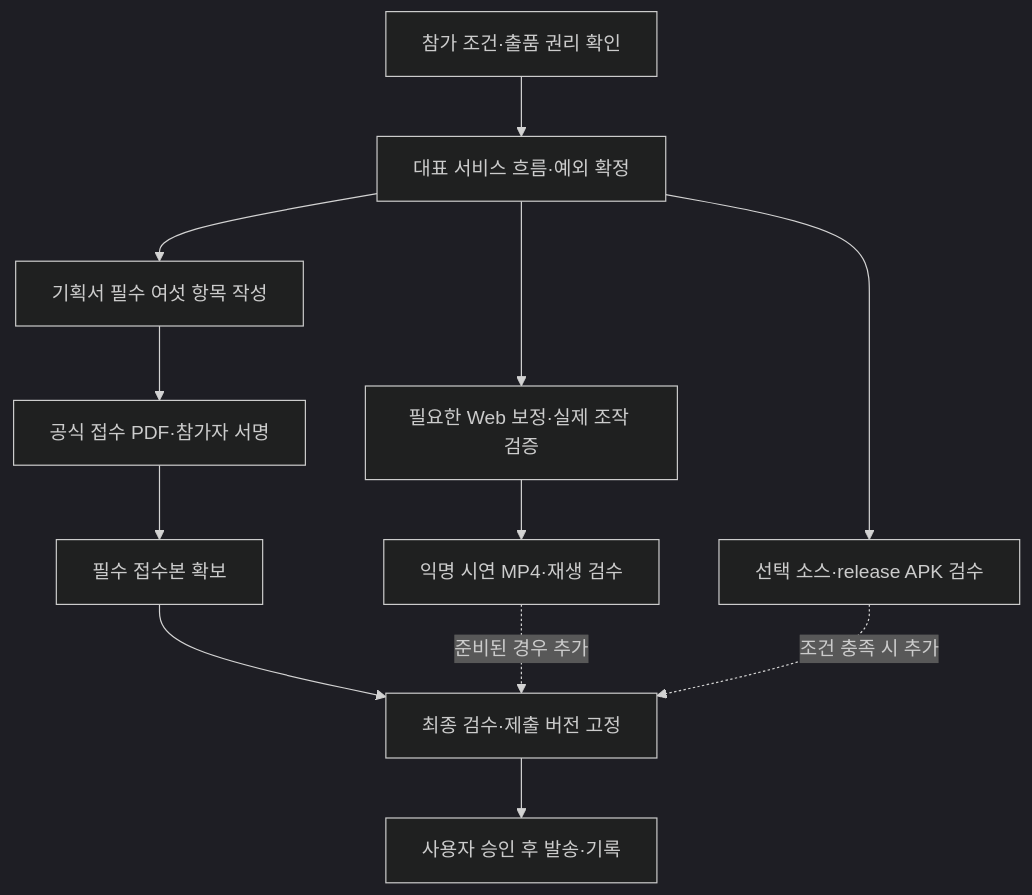
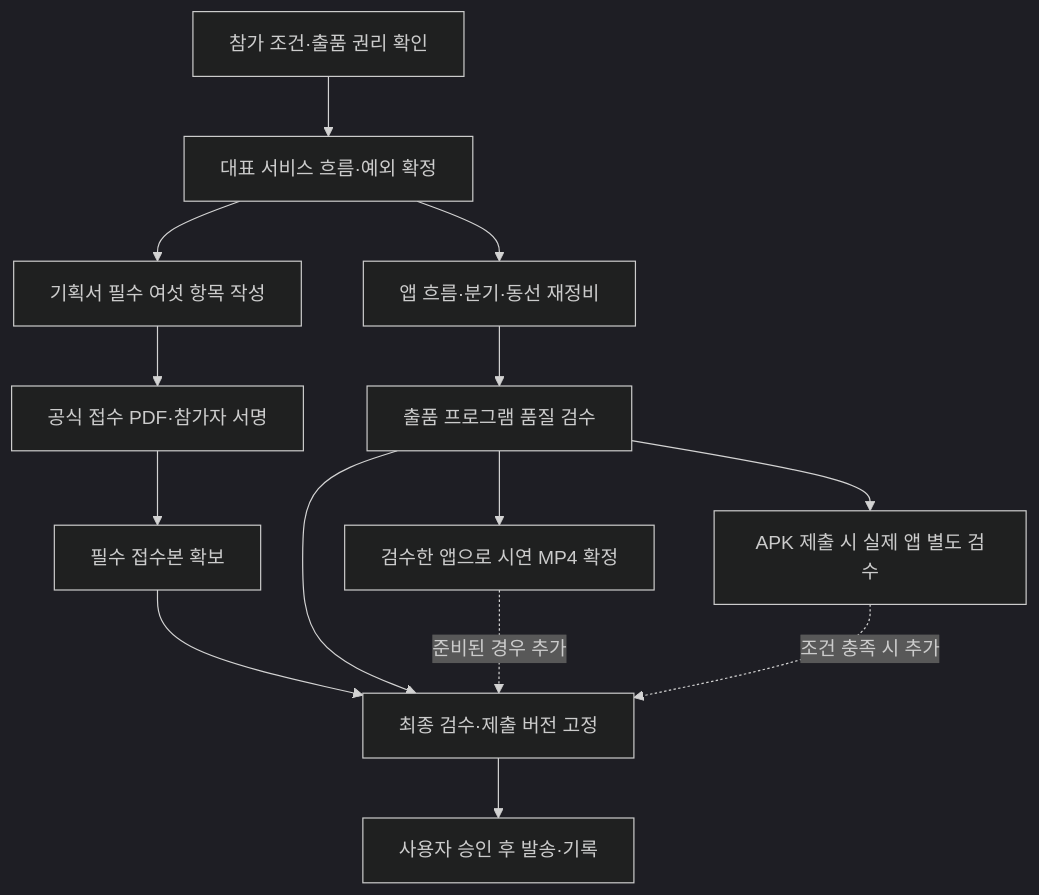
Before and after one commit to JangHyun-bin/hyundai-accident-support: the diagram in docs/superpowers/plans/2026-11-13-contest-submission.md, drawn with Mermaid (dark theme). The commit also changed other lines of this file, not shown here.

````diff
--- a/docs/superpowers/plans/2026-11-13-contest-submission.md
+++ b/docs/superpowers/plans/2026-11-13-contest-submission.md
@@ -52,14 +70,16 @@
 ```mermaid
 flowchart TD
   A["참가 조건·출품 권리 확인"] --> B["대표 서비스 흐름·예외 확정"]
   B --> C["기획서 필수 여섯 항목 작성"]
-  B --> D["필요한 Web 보정·실제 조작 검증"]
+  B --> D["앱 흐름·분기·동선 재정비"]
   C --> E["공식 접수 PDF·참가자 서명"]
   E --> F["필수 접수본 확보"]
-  D --> G["익명 시연 MP4·재생 검수"]
-  B --> H["선택 소스·release APK 검수"]
+  D --> Q["출품 프로그램 품질 검수"]
+  Q --> G["검수한 앱으로 시연 MP4 확정"]
+  Q --> H["APK 제출 시 실제 앱 별도 검수"]
   F --> I["최종 검수·제출 버전 고정"]
+  Q --> I
   G -. "준비된 경우 추가" .-> I
   H -. "조건 충족 시 추가" .-> I
   I --> J["사용자 승인 후 발송·기록"]
 ```
````
